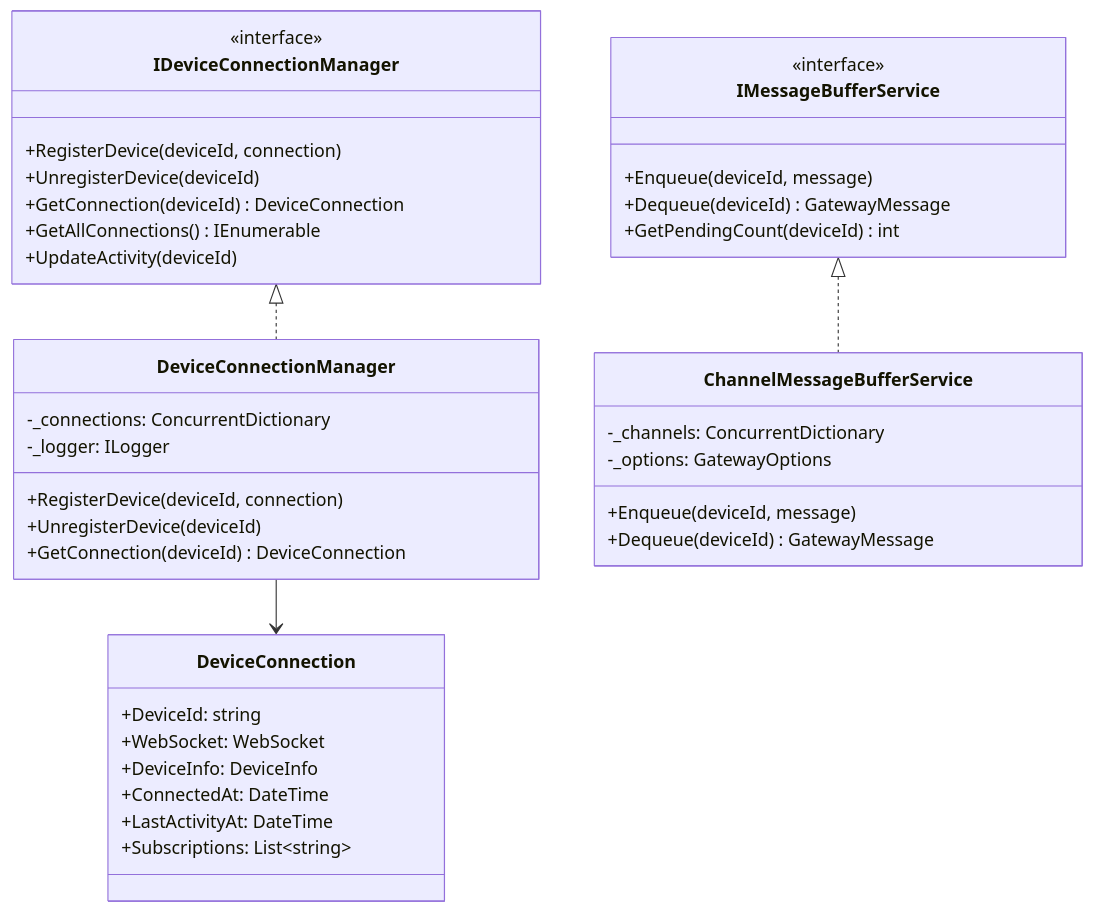
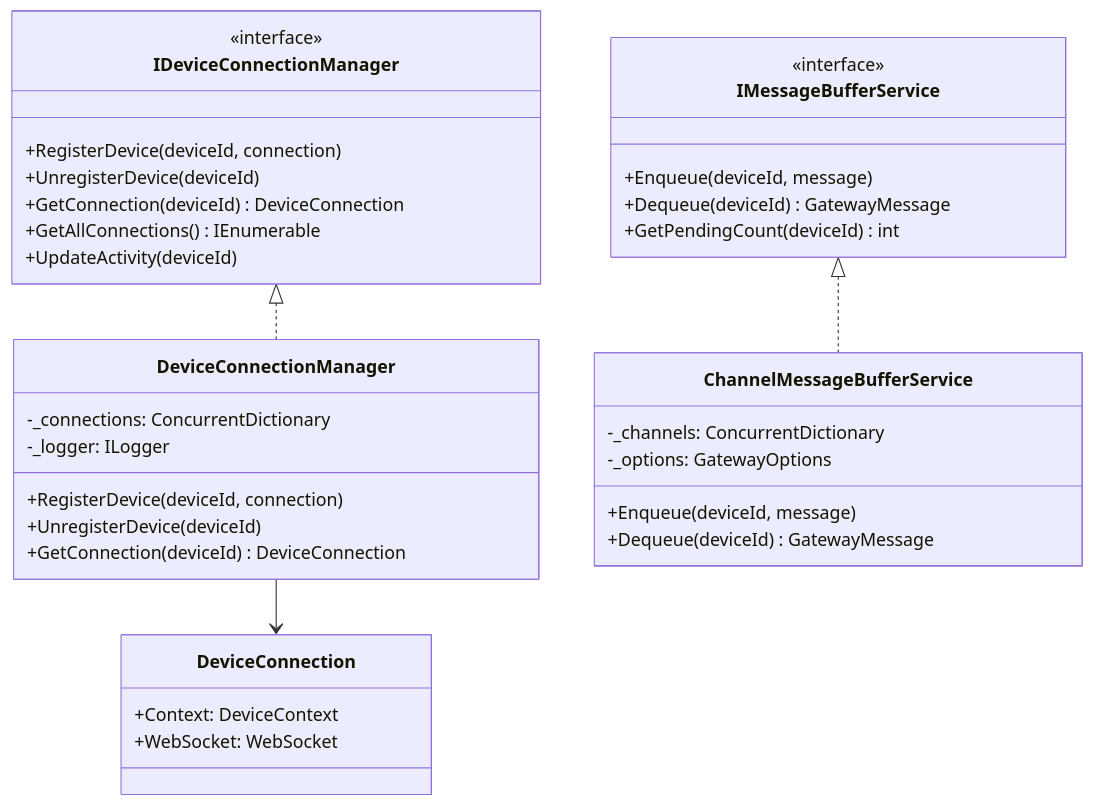
One commit to jtayl222/nats-websocket-bridge changed the second of 9 diagrams in docs/diagrams/class-diagrams.md. Above: the diagram before and after it, drawn with Mermaid. The commit also changed other lines of this file and 25 other files, not shown here.

````diff
--- a/docs/diagrams/class-diagrams.md
+++ b/docs/diagrams/class-diagrams.md
@@ -65,46 +69,42 @@
 ```mermaid
 classDiagram
     class IDeviceConnectionManager {
         <<interface>>
         +RegisterDevice(deviceId, connection)
         +UnregisterDevice(deviceId)
         +GetConnection(deviceId) DeviceConnection
         +GetAllConnections() IEnumerable
         +UpdateActivity(deviceId)
     }
 
     class DeviceConnectionManager {
         -_connections: ConcurrentDictionary
         -_logger: ILogger
         +RegisterDevice(deviceId, connection)
         +UnregisterDevice(deviceId)
         +GetConnection(deviceId) DeviceConnection
     }
 
     class DeviceConnection {
-        +DeviceId: string
+        +Context: DeviceContext
         +WebSocket: WebSocket
-        +DeviceInfo: DeviceInfo
-        +ConnectedAt: DateTime
-        +LastActivityAt: DateTime
-        +Subscriptions: List~string~
     }
 
     class IMessageBufferService {
         <<interface>>
         +Enqueue(deviceId, message)
         +Dequeue(deviceId) GatewayMessage
         +GetPendingCount(deviceId) int
     }
 
     class ChannelMessageBufferService {
         -_channels: ConcurrentDictionary
         -_options: GatewayOptions
         +Enqueue(deviceId, message)
         +Dequeue(deviceId) GatewayMessage
     }
 
     IDeviceConnectionManager <|.. DeviceConnectionManager
     DeviceConnectionManager --> DeviceConnection
     IMessageBufferService <|.. ChannelMessageBufferService
 ```
````
